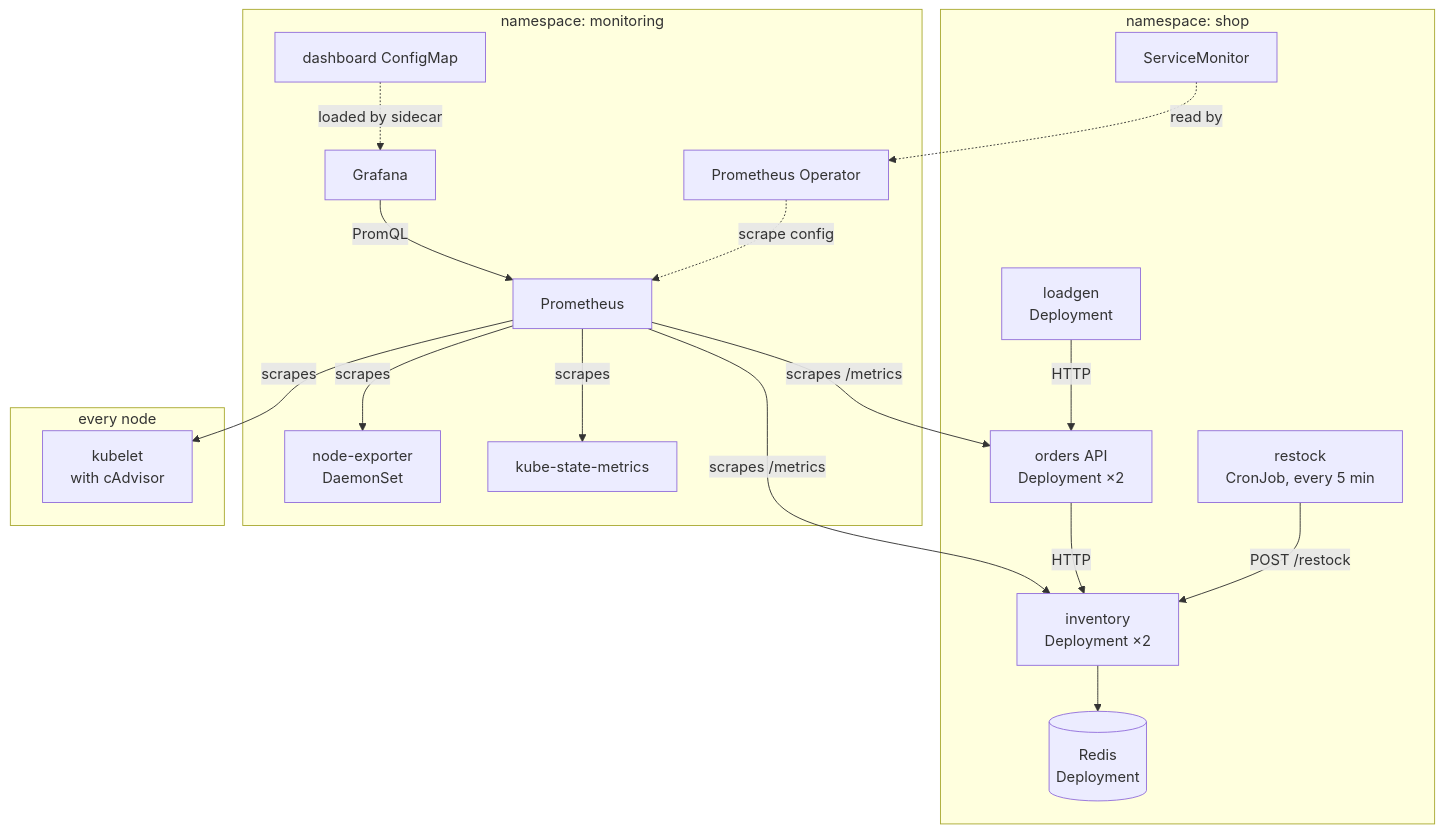
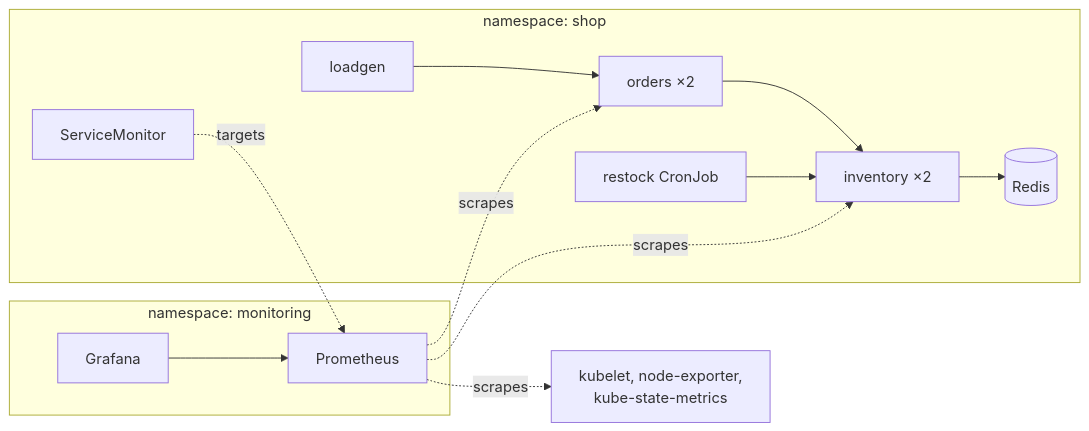
Before and after one commit to cmason746/k8s-observability-stack: the diagram in README.md, drawn with Mermaid. The commit also changed other lines of this file and 3 other files, not shown here.

Commit message:
Readable screenshots, compact diagram, and corrected outage findings

````diff
--- a/README.md
+++ b/README.md
@@ -15,30 +15,17 @@
 ```mermaid
-flowchart TB
-  subgraph monitoring["namespace: monitoring"]
-    dash["dashboard ConfigMap"] -.->|loaded by sidecar| grafana["Grafana"]
-    grafana -->|PromQL| prom["Prometheus"]
-    operator["Prometheus Operator"] -.->|scrape config| prom
-    ksm["kube-state-metrics"]
-    ne["node-exporter<br/>DaemonSet"]
+flowchart LR
+  subgraph shop["namespace: shop"]
+    loadgen --> orders["orders ×2"] --> inventory["inventory ×2"] --> redis[(Redis)]
+    restock["restock CronJob"] --> inventory
+    sm[ServiceMonitor]
   end
 
-  subgraph shop["namespace: shop"]
-    loadgen["loadgen<br/>Deployment"] -->|HTTP| orders["orders API<br/>Deployment ×2"]
-    restock["restock<br/>CronJob, every 5 min"]
-    orders -->|HTTP| inventory["inventory<br/>Deployment ×2"]
-    restock -->|POST /restock| inventory
-    inventory --> redis[("Redis<br/>Deployment")]
-    sm["ServiceMonitor"]
+  subgraph monitoring["namespace: monitoring"]
+    grafana[Grafana] --> prom[Prometheus]
   end
 
-  subgraph node["every node"]
-    kubelet["kubelet<br/>with cAdvisor"]
-  end
-
-  sm -.->|read by| operator
-  prom -->|scrapes /metrics| orders
-  prom -->|scrapes /metrics| inventory
-  prom -->|scrapes| ksm
-  prom -->|scrapes| ne
-  prom -->|scrapes| kubelet
+  prom -.->|scrapes| orders
+  prom -.->|scrapes| inventory
+  prom -.->|scrapes| infra["kubelet, node-exporter,<br/>kube-state-metrics"]
+  sm -.->|targets| prom
 ```
````
